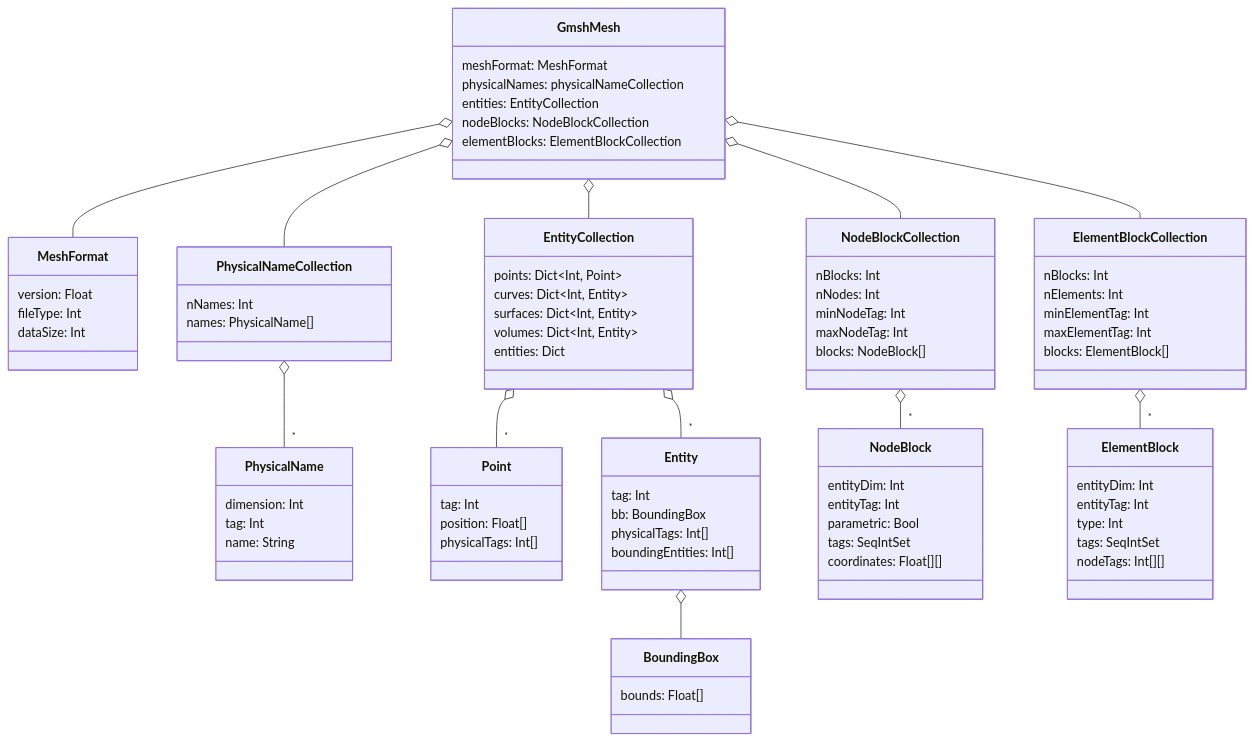
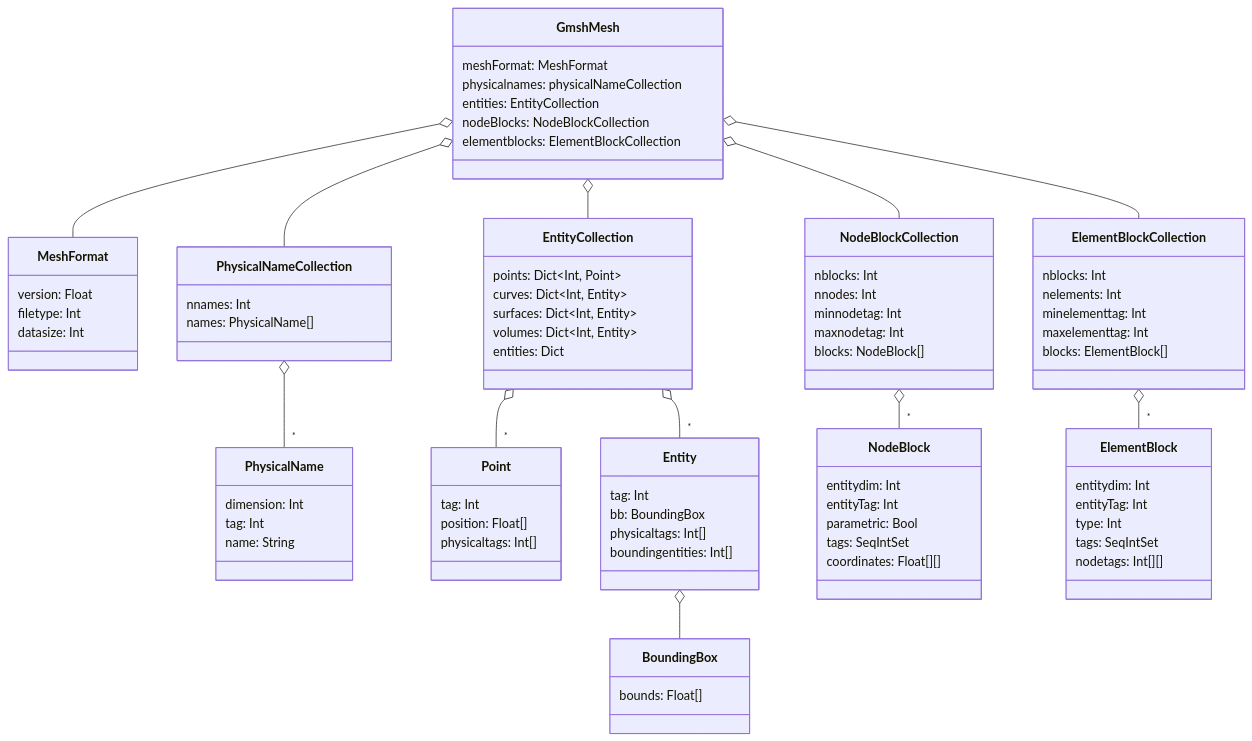
Before and after one commit to matthiasbaitsch/mmjmesh: the diagram in docs/src/gmsh.md, drawn with Mermaid. The commit also changed 5 other files, not shown here.

```diff
--- a/docs/src/gmsh.md
+++ b/docs/src/gmsh.md
@@ -7,20 +7,20 @@
 
     class GmshMesh {
       meshFormat: MeshFormat
-      physicalNames: physicalNameCollection
+      physicalnames: physicalNameCollection
       entities: EntityCollection
       nodeBlocks: NodeBlockCollection
-      elementBlocks: ElementBlockCollection
+      elementblocks: ElementBlockCollection
     }
 
     class MeshFormat {
       version: Float
-      fileType: Int
-      dataSize: Int
+      filetype: Int
+      datasize: Int
     }
 
     class PhysicalNameCollection {
-      nNames: Int
+      nnames: Int
       names: PhysicalName[]
     }
 
@@ -45,26 +45,26 @@
     class Point {
       tag: Int
       position: Float[]
-      physicalTags: Int[]
+      physicaltags: Int[]
     }
 
     class Entity {
         tag: Int
         bb: BoundingBox
-        physicalTags: Int[]
-        boundingEntities: Int[]
+        physicaltags: Int[]
+        boundingentities: Int[]
     }
 
     class NodeBlockCollection {
-      nBlocks: Int
-      nNodes: Int
-      minNodeTag: Int
-      maxNodeTag: Int
+      nblocks: Int
+      nnodes: Int
+      minnodetag: Int
+      maxnodetag: Int
       blocks: NodeBlock[]
     }
 
     class NodeBlock {
-      entityDim: Int
+      entitydim: Int
       entityTag: Int
       parametric: Bool
       tags: SeqIntSet
@@ -72,19 +72,19 @@
     }
 
     class ElementBlockCollection {
-      nBlocks: Int
-      nElements: Int
-      minElementTag: Int
-      maxElementTag: Int
+      nblocks: Int
+      nelements: Int
+      minelementtag: Int
+      maxelementtag: Int
       blocks: ElementBlock[]
     }
 
     class ElementBlock {
-        entityDim: Int
+        entitydim: Int
         entityTag: Int
         type: Int
         tags: SeqIntSet
-        nodeTags: Int[][]
+        nodetags: Int[][]
     }
 
     GmshMesh o-- MeshFormat
```
